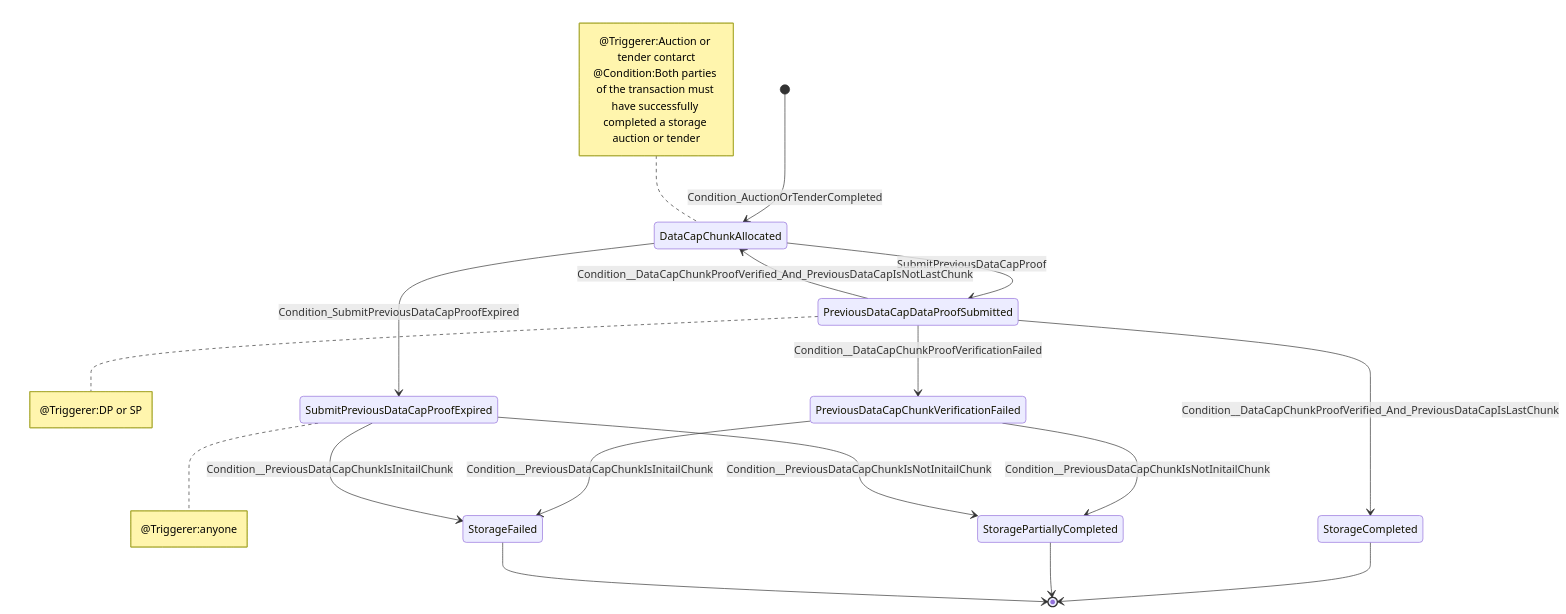
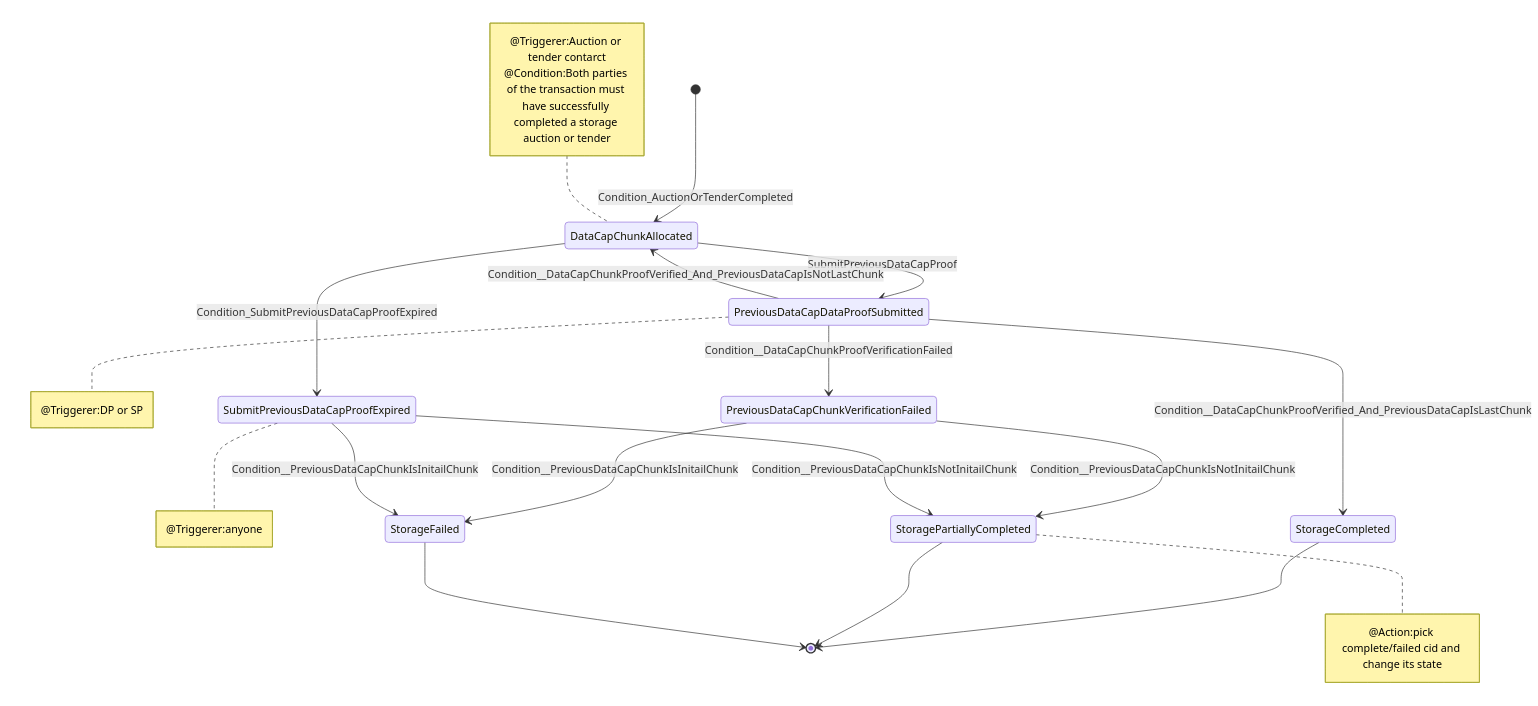
One commit to dataswap/specs changed the third of 4 diagrams in systems/README.md. Above: the diagram before and after it, drawn with Mermaid. The commit also changed other lines of this file, not shown here.

````diff
--- a/systems/README.md
+++ b/systems/README.md
@@ -189,28 +192,31 @@
 ```mermaid
 stateDiagram
     [*]                                     --> DataCapChunkAllocated:Condition_AuctionOrTenderCompleted
     DataCapChunkAllocated                   --> SubmitPreviousDataCapProofExpired:Condition_SubmitPreviousDataCapProofExpired
     DataCapChunkAllocated                   --> PreviousDataCapDataProofSubmitted:SubmitPreviousDataCapProof
     PreviousDataCapDataProofSubmitted       --> PreviousDataCapChunkVerificationFailed:Condition__DataCapChunkProofVerificationFailed
     PreviousDataCapDataProofSubmitted       --> DataCapChunkAllocated:Condition__DataCapChunkProofVerified_And_PreviousDataCapIsNotLastChunk
     PreviousDataCapDataProofSubmitted       --> StorageCompleted:Condition__DataCapChunkProofVerified_And_PreviousDataCapIsLastChunk
     PreviousDataCapChunkVerificationFailed  --> StorageFailed:Condition__PreviousDataCapChunkIsInitailChunk
     PreviousDataCapChunkVerificationFailed  --> StoragePartiallyCompleted:Condition__PreviousDataCapChunkIsNotInitailChunk
     SubmitPreviousDataCapProofExpired       --> StorageFailed:Condition__PreviousDataCapChunkIsInitailChunk
     SubmitPreviousDataCapProofExpired       --> StoragePartiallyCompleted:Condition__PreviousDataCapChunkIsNotInitailChunk
     StorageCompleted                        --> [*]
     StoragePartiallyCompleted               --> [*]
     StorageFailed                           --> [*]
 
     note left of DataCapChunkAllocated
       @Triggerer:Auction or tender contarct
       @Condition:Both parties of the transaction must have successfully completed a storage auction or tender
     end note
     note right of SubmitPreviousDataCapProofExpired
       @Triggerer:anyone
     end note
     note right of PreviousDataCapDataProofSubmitted
       @Triggerer:DP or SP
     end note
+    note right of StoragePartiallyCompleted
+      @Action:pick complete/failed cid and change its state
+    end note
     
 ```
````
